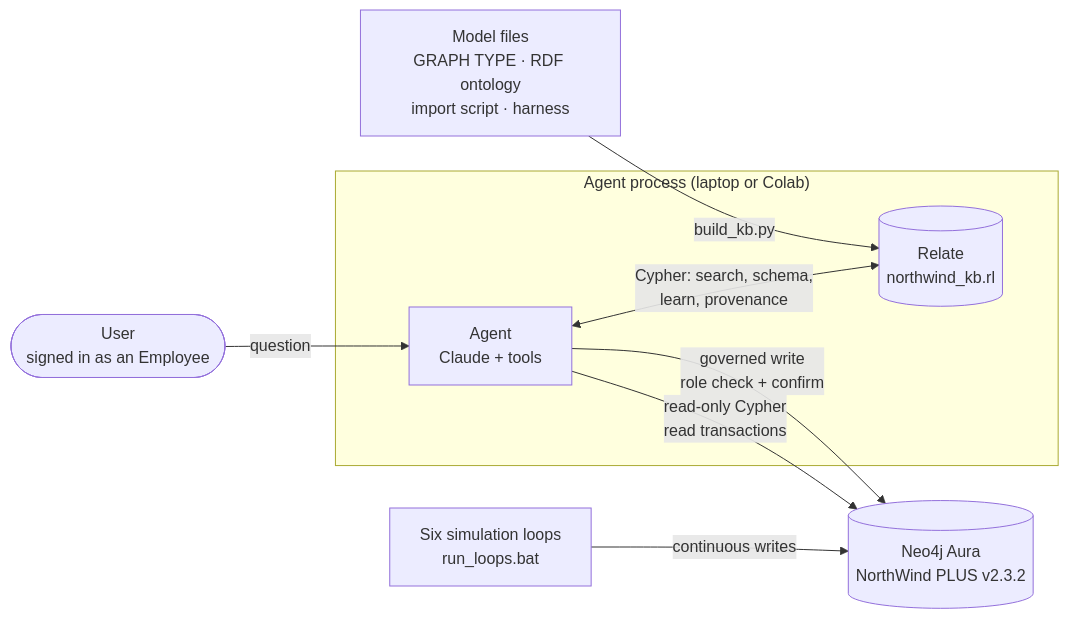
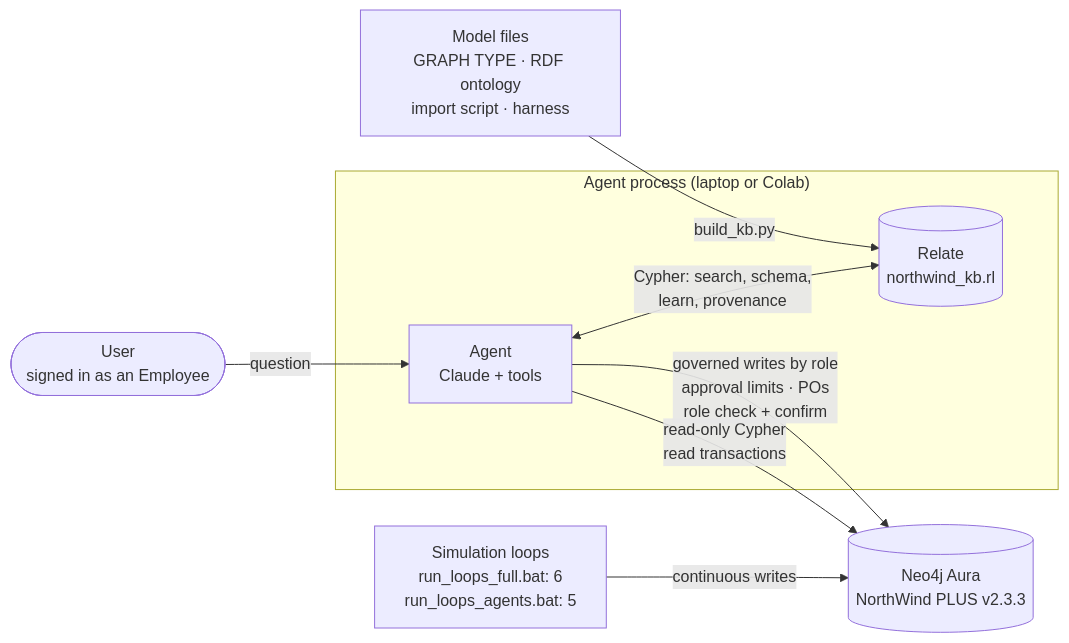
Before and after one commit to Flyer-Boy/NewApproach: the second of 2 diagrams in NorthWindPLUS/Neo4jRelate/README.md, drawn with Mermaid. The commit also changed other lines of this file and 29 other files, not shown here.

````diff
--- a/NorthWindPLUS/Neo4jRelate/README.md
+++ b/NorthWindPLUS/Neo4jRelate/README.md
@@ -91,14 +102,14 @@
 ```mermaid
 flowchart LR
     U([User<br/>signed in as an Employee]) -->|question| A[Agent<br/>Claude + tools]
 
     subgraph local["Agent process (laptop or Colab)"]
         A <-->|Cypher: search, schema,<br/>learn, provenance| R[(Relate<br/>northwind_kb.rl)]
     end
 
-    A -->|read-only Cypher<br/>read transactions| N[(Neo4j Aura<br/>NorthWind PLUS v2.3.2)]
-    A -->|governed write<br/>role check + confirm| N
-    L[Six simulation loops<br/>run_loops.bat] -->|continuous writes| N
+    A -->|read-only Cypher<br/>read transactions| N[(Neo4j Aura<br/>NorthWind PLUS v2.3.3)]
+    A -->|governed writes by role<br/>approval limits · POs<br/>role check + confirm| N
+    L[Simulation loops<br/>run_loops_full.bat: 6<br/>run_loops_agents.bat: 5] -->|continuous writes| N
 
     M[Model files<br/>GRAPH TYPE · RDF ontology<br/>import script · harness] -->|build_kb.py| R
 ```
````
